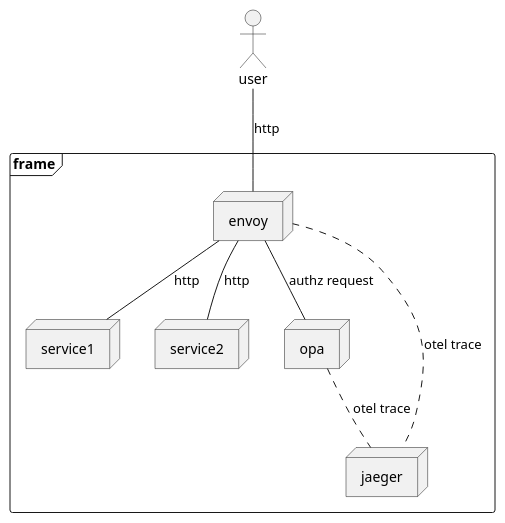
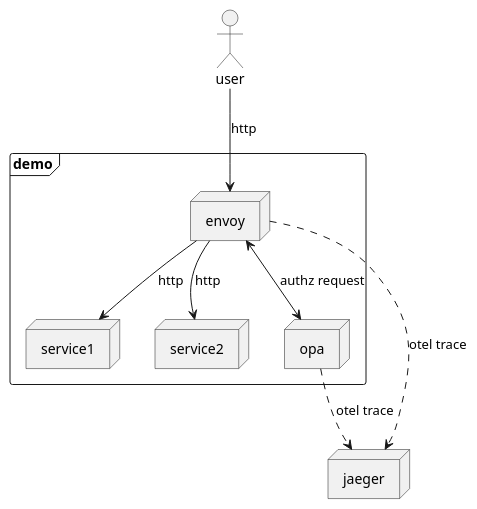
The diagram in README.md (ShawInnes/learn-open-policy-agent), drawn with PlantUML before and after one commit.

````diff
--- a/README.md
+++ b/README.md
@@ -16,21 +16,22 @@
 ```puml
 @startuml Deployment Diagram
 
 actor user
-frame frame {
+frame demo {
     node envoy
     node service1
     node service2
     node opa
-    node jaeger
 }
 
-user -- envoy : http
-envoy -- service1 : http
-envoy -- service2 : http
-envoy -- opa : authz request
+node jaeger
 
-envoy -[dashed]- jaeger : otel trace
-opa -[dashed]- jaeger : otel trace
+user --> envoy : http
+envoy --> service1 : http
+envoy --> service2 : http
+envoy <--> opa : authz request
+
+envoy -[dashed]-> jaeger : otel trace
+opa -[dashed]-> jaeger : otel trace
 @enduml
 ```
````
